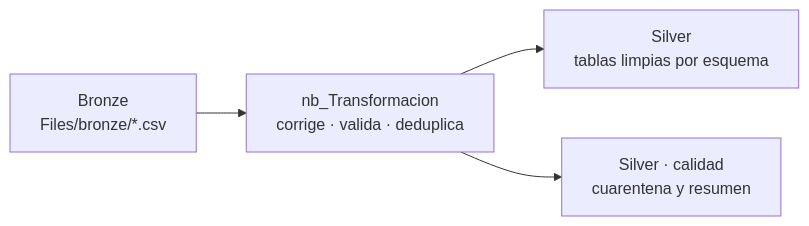
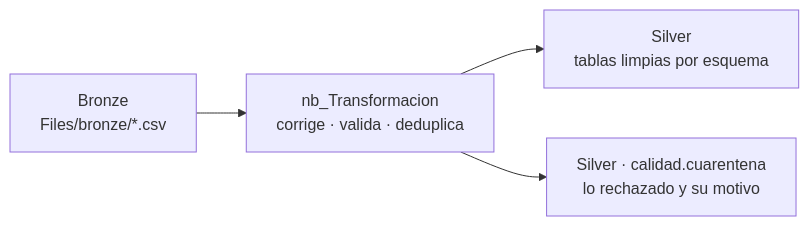
One commit to sebastian-rivera-DK/CapacitacionSierracol changed the diagram in 03-Transformacion/README.md. Above: the diagram before and after it, drawn with Mermaid. The commit also changed other lines of this file and 5 other files, not shown here.

````diff
--- a/03-Transformacion/README.md
+++ b/03-Transformacion/README.md
@@ -5,6 +5,6 @@
 ```mermaid
 flowchart LR
     B["Bronze<br/>Files/bronze/*.csv"] --> NB["nb_Transformacion<br/>corrige · valida · deduplica"]
     NB --> S["Silver<br/>tablas limpias por esquema"]
-    NB --> Q["Silver · calidad<br/>cuarentena y resumen"]
+    NB --> Q["Silver · calidad.cuarentena<br/>lo rechazado y su motivo"]
 ```
````
